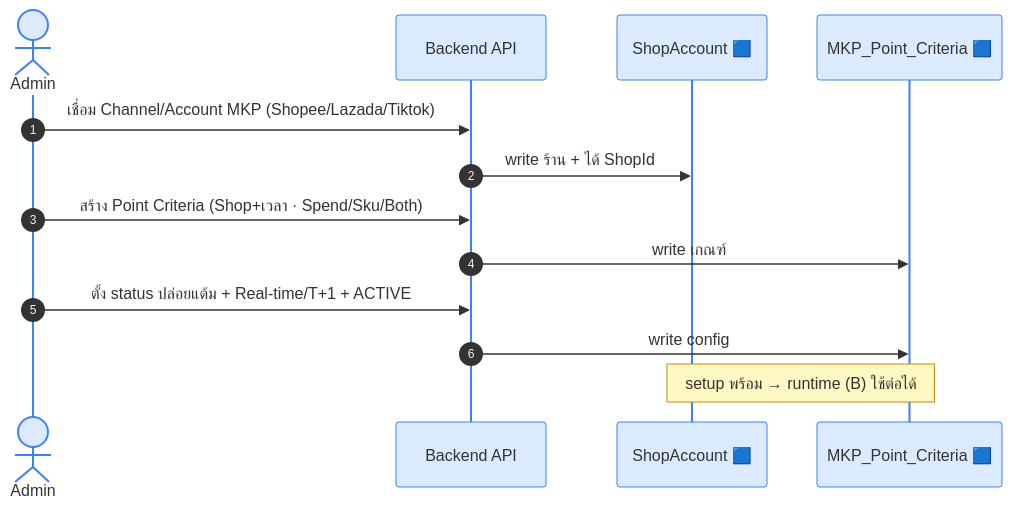
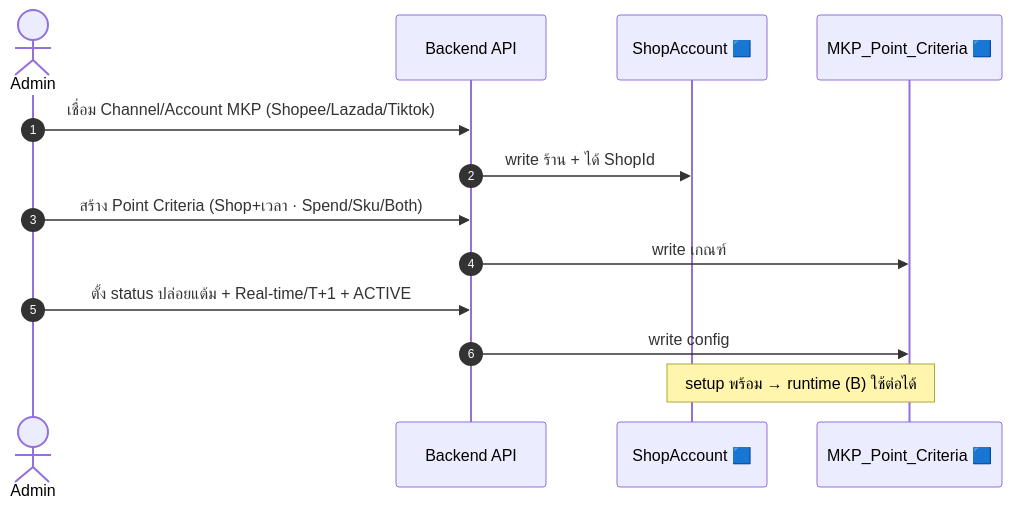
Before and after one commit to paothanapon-chococrm/obs-chococrm-me: the first of 2 diagrams in content/Work/Manual-OrderId-Points/10-Sequence-Diagram.md, drawn with Mermaid. The commit also changed other lines of this file, not shown here.

Commit message:
fix: remove hardcoded light-only mermaid colors so diagrams are readable in dark mode
The %%{init}%% directives pinned pale pastel fills meant for a light
background; in dark mode text and fills clashed and were unreadable. Drop
them and use Quartz's theme-aware mermaid palette.

````diff
--- a/content/Work/Manual-OrderId-Points/10-Sequence-Diagram.md
+++ b/content/Work/Manual-OrderId-Points/10-Sequence-Diagram.md
@@ -13,17 +13,16 @@
 ```mermaid
-%%{init: {'theme':'base', 'themeVariables': {'labelBoxBkgColor':'#FEF3C7','labelBoxBorderColor':'#F59E0B','labelTextColor':'#78350F','altBackground':'#F1F5F9','actorBkg':'#DBEAFE','actorBorder':'#3B82F6','noteBkgColor':'#FEF9C3','noteBorderColor':'#CA8A04'}}}%%
 sequenceDiagram
     autonumber
     actor AD as Admin
     participant API as Backend API
     participant DShop as ShopAccount 🟦
     participant DCrit as MKP_Point_Criteria 🟦
 
     AD->>API: เชื่อม Channel/Account MKP (Shopee/Lazada/Tiktok)
     API->>DShop: write ร้าน + ได้ ShopId
     AD->>API: สร้าง Point Criteria (Shop+เวลา · Spend/Sku/Both)
     API->>DCrit: write เกณฑ์
     AD->>API: ตั้ง status ปล่อยแต้ม + Real-time/T+1 + ACTIVE
     API->>DCrit: write config
     Note over DShop,DCrit: setup พร้อม → runtime (B) ใช้ต่อได้
 ```
````
